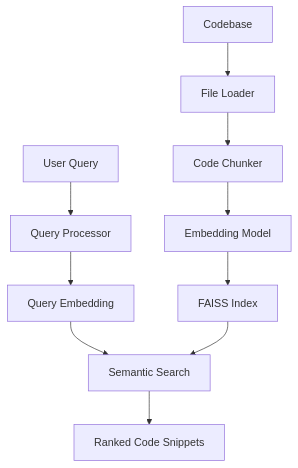
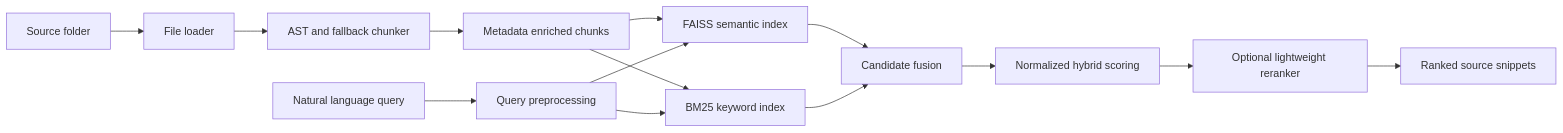
Before and after one commit to varshithakt/agentic-code-intelligence: the diagram in README.md, drawn with Mermaid. The commit also changed other lines of this file and 2 other files, not shown here.

Commit message:
Rebrand product as CodeSeek

````diff
--- a/README.md
+++ b/README.md
@@ -7,6 +13,16 @@
 ```mermaid
-flowchart TD
-  C[Codebase] --> L[File Loader] --> S[Code Chunker] --> E[Embedding Model] --> F[FAISS Index]
-  Q[User Query] --> P[Query Processor] --> QE[Query Embedding] --> R[Semantic Search]
-  F --> R --> O[Ranked Code Snippets]
+flowchart LR
+    A[Source folder] --> B[File loader]
+    B --> C[AST and fallback chunker]
+    C --> D[Metadata enriched chunks]
+    D --> E[FAISS semantic index]
+    D --> F[BM25 keyword index]
+    Q[Natural language query] --> P[Query preprocessing]
+    P --> E
+    P --> F
+    E --> G[Candidate fusion]
+    F --> G
+    G --> H[Normalized hybrid scoring]
+    H --> I[Optional lightweight reranker]
+    I --> J[Ranked source snippets]
 ```
````
